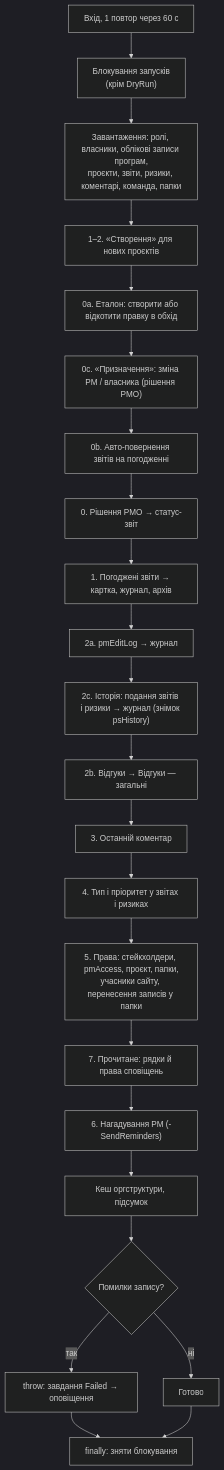
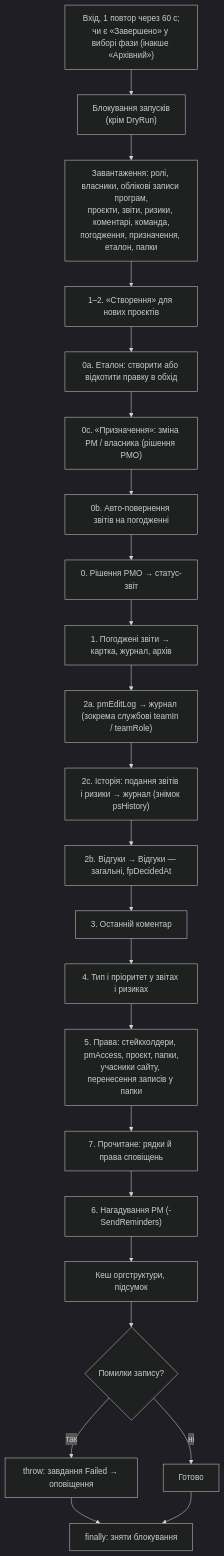
The tenth of 15 diagrams in docs/ARCHITECTURE.md (Acidsly/pmo-portal), drawn with Mermaid (dark theme) before and after one commit. The commit also changed other lines of this file and 15 other files, not shown here.

Commit message:
Документация сверена с кодом: README, ARCHITECTURE (схемы), DATA-MODEL, SPEC, PROTOTYPE, DEPLOYMENT, команды, CLAUDE.md, spfx/README; «Усі призначення» по всем папкам; подсказка свежести 9–14

````diff
--- a/docs/ARCHITECTURE.md
+++ b/docs/ARCHITECTURE.md
@@ -277,25 +276,25 @@
 ```mermaid
 flowchart TD
-    C["Вхід, 1 повтор через 60 с"] --> L["Блокування запусків<br/>(крім DryRun)"]
-    L --> LD["Завантаження: ролі, власники, облікові записи програм,<br/>проєкти, звіти, ризики, коментарі, команда, папки"]
+    C["Вхід, 1 повтор через 60 с;<br/>чи є «Завершено» у виборі фази (інакше «Архівний»)"] --> L["Блокування запусків<br/>(крім DryRun)"]
+    L --> LD["Завантаження: ролі, власники, облікові записи програм,<br/>проєкти, звіти, ризики, коментарі, команда,<br/>погодження, призначення, еталон, папки"]
     LD --> S12["1–2. «Створення» для нових проєктів"]
     S12 --> S0a["0a. Еталон: створити або відкотити правку в обхід"]
     S0a --> S0c["0c. «Призначення»: зміна PM / власника (рішення PMO)"]
     S0c --> S0b["0b. Авто-повернення звітів на погодженні"]
     S0b --> S0["0. Рішення PMO → статус-звіт"]
     S0 --> S1["1. Погоджені звіти → картка, журнал, архів"]
-    S1 --> S2a["2a. pmEditLog → журнал"]
+    S1 --> S2a["2a. pmEditLog → журнал (зокрема службові teamIn / teamRole)"]
     S2a --> S2c["2c. Історія: подання звітів і ризики → журнал (знімок psHistory)"]
-    S2c --> S2b["2b. Відгуки → Відгуки — загальні"]
+    S2c --> S2b["2b. Відгуки → Відгуки — загальні, fpDecidedAt"]
     S2b --> S3["3. Останній коментар"]
     S3 --> S4["4. Тип і пріоритет у звітах і ризиках"]
     S4 --> S5["5. Права: стейкхолдери, pmAccess, проєкт, папки,<br/>учасники сайту, перенесення записів у папки"]
     S5 --> S7["7. Прочитане: рядки й права сповіщень"]
     S7 --> S6["6. Нагадування PM (-SendReminders)"]
     S6 --> K["Кеш оргструктури, підсумок"]
     K --> X{"Помилки запису?"}
     X -- так --> F["throw: завдання Failed → оповіщення"]
     X -- ні --> OK["Готово"]
     F --> UL["finally: зняти блокування"]
     OK --> UL
 ```
````
